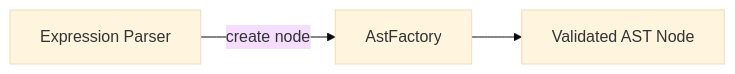
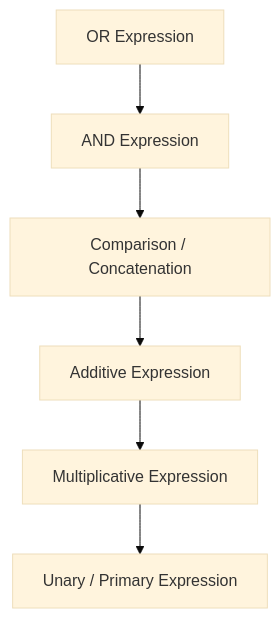
Before and after one commit to audeoinc/share: the second of 5 diagrams in 00_Architecture_Overview_v0.6_draft.md, drawn with Mermaid (base theme). The commit also changed other lines of this file, not shown here.

Commit message:
Expand Expression Parser documentation

````diff
--- a/00_Architecture_Overview_v0.6_draft.md
+++ b/00_Architecture_Overview_v0.6_draft.md
@@ -415,5 +434,8 @@
 ```mermaid
-flowchart LR
-    A[Expression Parser] -->|create node| B[AstFactory]
-    B --> C[Validated AST Node]
+flowchart TB
+    A[OR Expression] --> B[AND Expression]
+    B --> C[Comparison / Concatenation]
+    C --> D[Additive Expression]
+    D --> E[Multiplicative Expression]
+    E --> F[Unary / Primary Expression]
 ```
````
